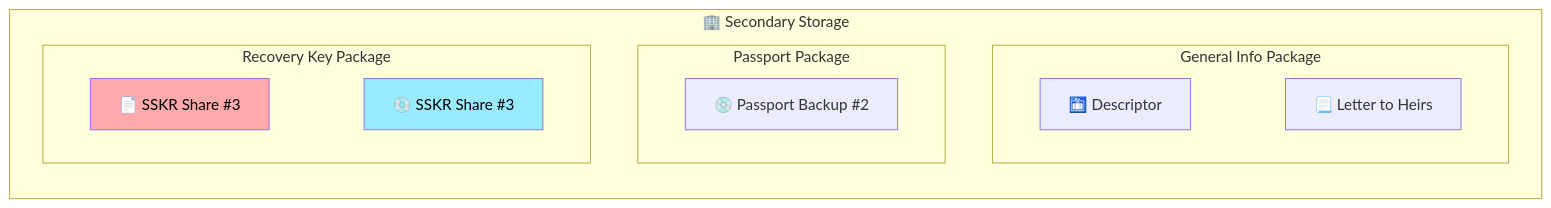
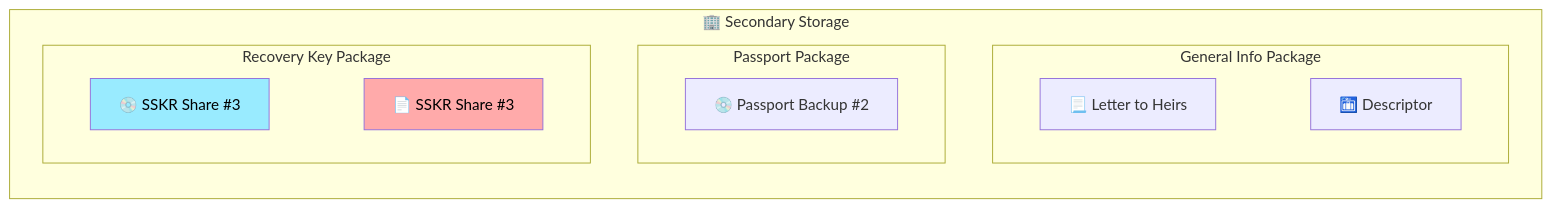
The sixth of 55 diagrams in Docs/Scenario-Multisig.md (BlockchainCommons/SmartCustody), drawn with Mermaid before and after one commit. The commit also changed other lines of this file, not shown here.

````diff
--- a/Docs/Scenario-Multisig.md
+++ b/Docs/Scenario-Multisig.md
@@ -251,28 +254,28 @@
 ```mermaid
     graph BT;
     linkStyle default stroke-width: 0px
 
     subgraph secondary ["🏢 Secondary Storage"]
 
       subgraph "General Info Package"
       D4["🛅 Descriptor"]
       D5["📃 Letter to Heirs"]
-      D4---D5
+      D5---D4
       end
 
       subgraph "Passport Package"
       D3["💿 Passport Backup #2"]
       end
 
       subgraph "Recovery Key Package"
       D1["📄 SSKR Share #3"]
       D2["💿 SSKR Share #3"]
-      D1---D2
+      D2---D1
       end
 
       style D1 color:#000,fill:#ffaaaa;
       style D2 color:#000,fill:#99ebff;
   
     end        
 
 ```
````
